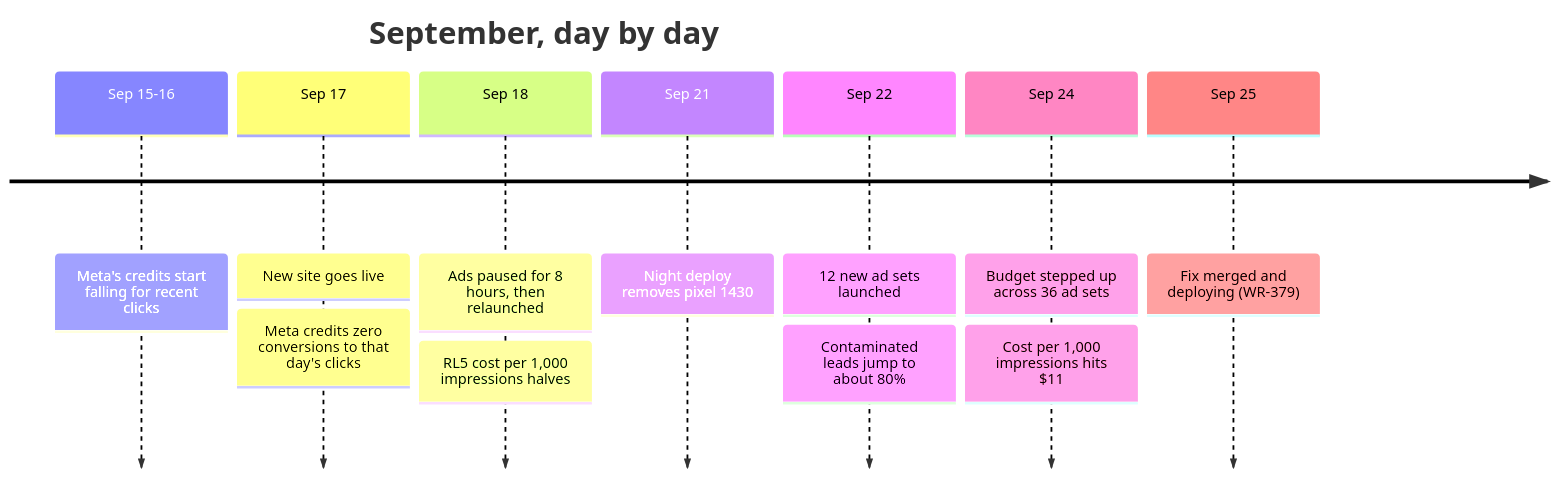
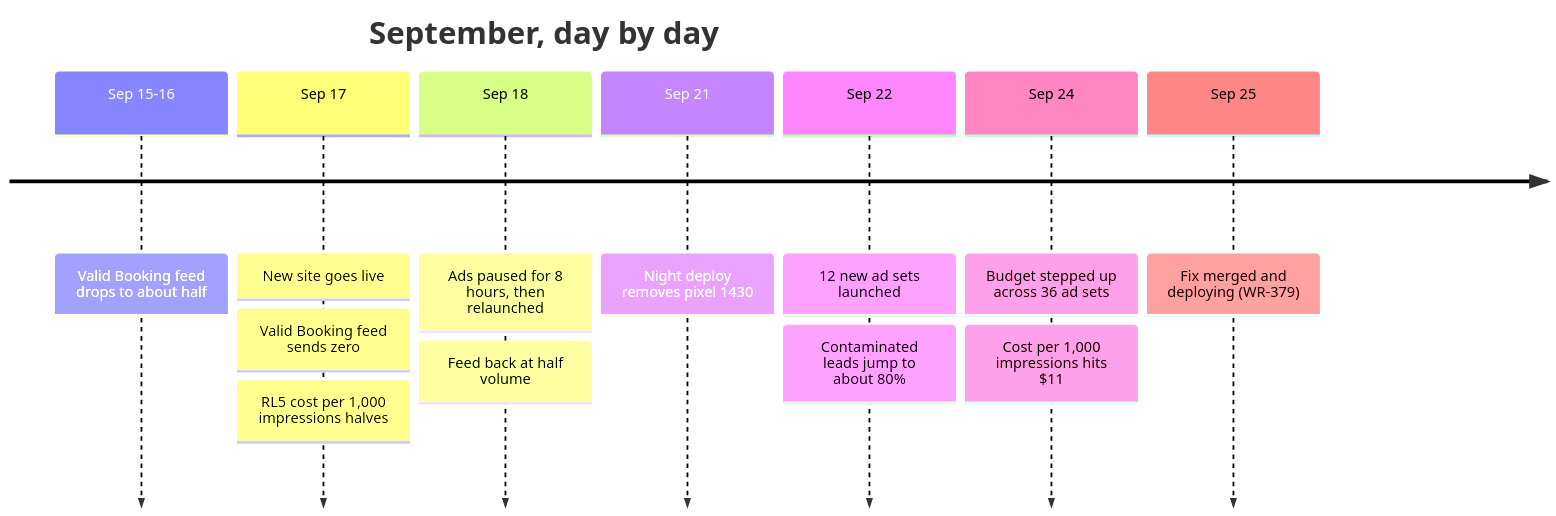
One commit to Remote-Leverage/remote-leverage-website-modernization changed the seventh of 7 diagrams in web/app/themes/remote-leverage/docs/booking-rate-ceo-brief-2026-09-25.md. Above: the diagram before and after it, drawn with Mermaid. The commit also changed other lines of this file, not shown here.

Commit message:
docs: CEO brief rev 3 - ads optimise on the external "Valid Booking" event, which failed Sep 15-18

````diff
--- a/web/app/themes/remote-leverage/docs/booking-rate-ceo-brief-2026-09-25.md
+++ b/web/app/themes/remote-leverage/docs/booking-rate-ceo-brief-2026-09-25.md
@@ -100,15 +118,16 @@
 ```mermaid
 timeline
     title September, day by day
-    Sep 15-16 : Meta's credits start falling for recent clicks
+    Sep 15-16 : Valid Booking feed drops to about half
     Sep 17 : New site goes live
-           : Meta credits zero conversions to that day's clicks
+           : Valid Booking feed sends zero
+           : RL5 cost per 1,000 impressions halves
     Sep 18 : Ads paused for 8 hours, then relaunched
-           : RL5 cost per 1,000 impressions halves
+           : Feed back at half volume
     Sep 21 : Night deploy removes pixel 1430
     Sep 22 : 12 new ad sets launched
            : Contaminated leads jump to about 80%
     Sep 24 : Budget stepped up across 36 ad sets
            : Cost per 1,000 impressions hits $11
     Sep 25 : Fix merged and deploying (WR-379)
 ```
````
